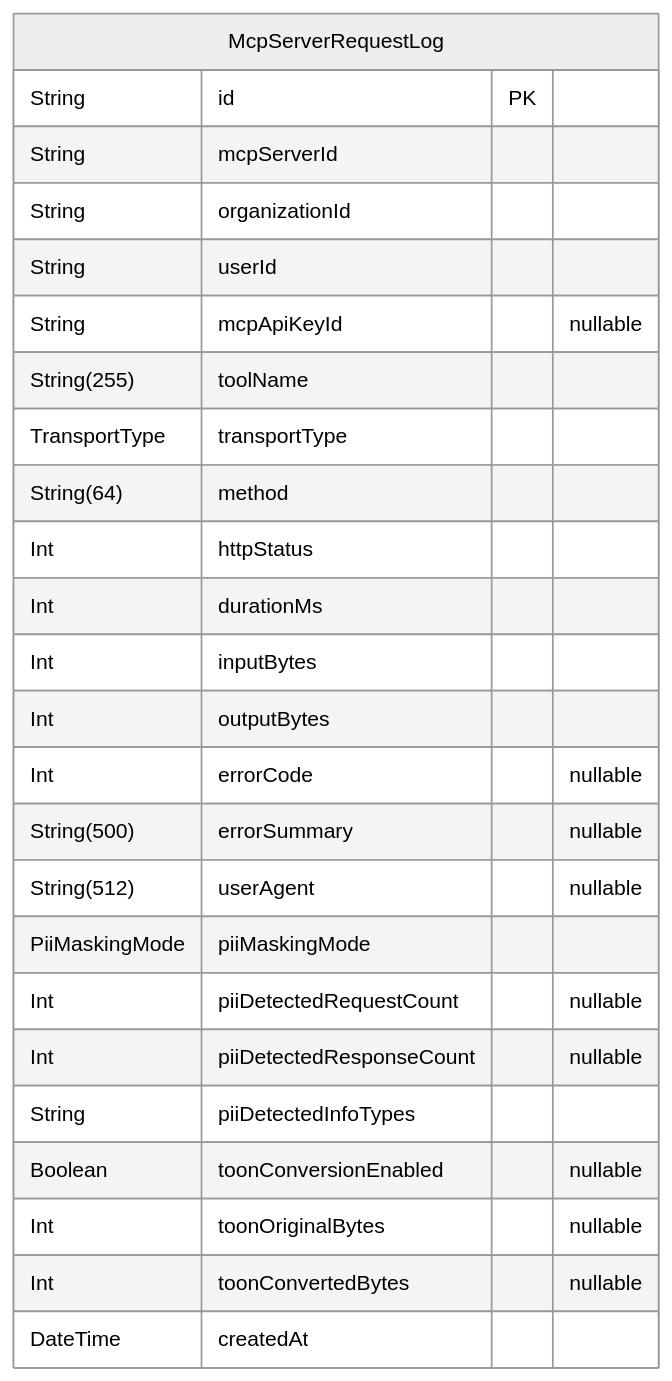
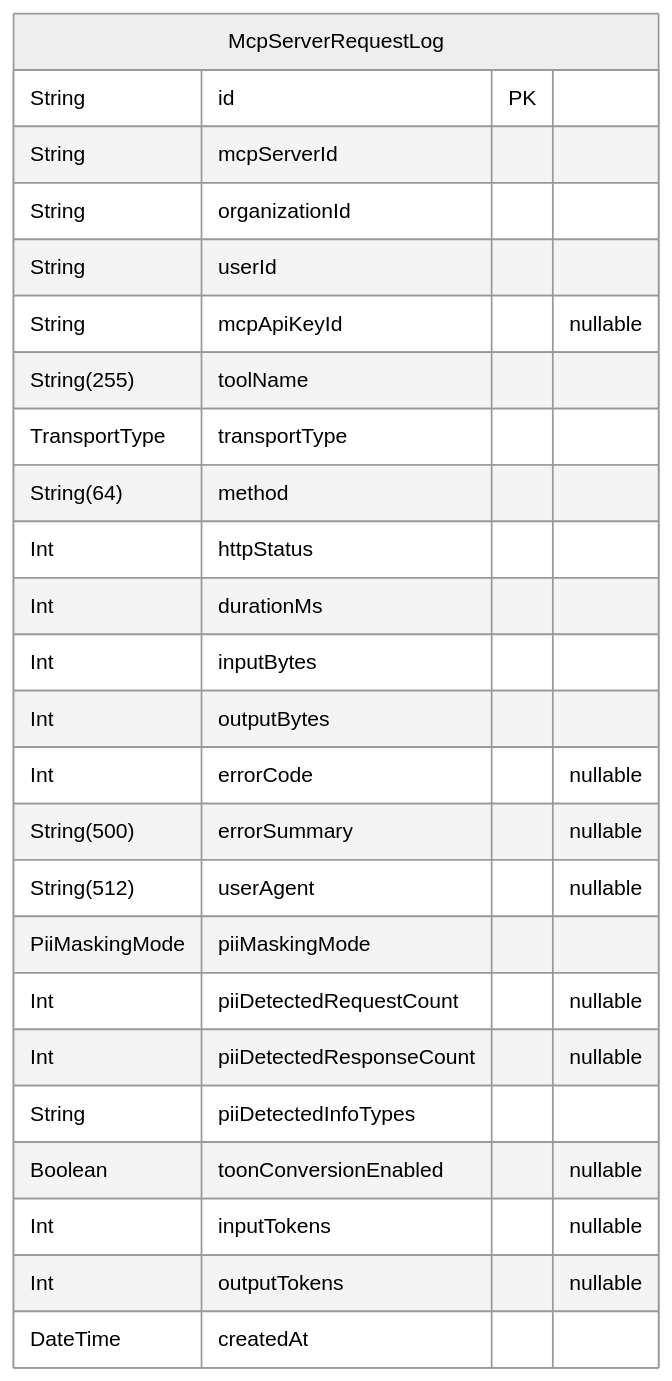
One commit to rayven122/tumiki changed the sixth of 9 diagrams in packages/db/prisma/README.md. Above: the diagram before and after it, drawn with Mermaid (neutral theme). The commit also changed other lines of this file and 2 other files, not shown here.

Commit message:
refactor(db): TOON変換メトリクスをバイト数からトークン数に変更
- toonOriginalBytes → inputTokens に変更
- toonConvertedBytes → outputTokens に変更
- マイグレーションファイルを統合

🤖 Generated with [Claude Code](https://claude.com/claude-code)

````diff
--- a/packages/db/prisma/README.md
+++ b/packages/db/prisma/README.md
@@ -448,28 +448,28 @@
 ```mermaid
 erDiagram
 "McpServerRequestLog" {
   String id PK
   String mcpServerId
   String organizationId
   String userId
   String mcpApiKeyId "nullable"
   String(255) toolName
   TransportType transportType
   String(64) method
   Int httpStatus
   Int durationMs
   Int inputBytes
   Int outputBytes
   Int errorCode "nullable"
   String(500) errorSummary "nullable"
   String(512) userAgent "nullable"
   PiiMaskingMode piiMaskingMode
   Int piiDetectedRequestCount "nullable"
   Int piiDetectedResponseCount "nullable"
   String piiDetectedInfoTypes
   Boolean toonConversionEnabled "nullable"
-  Int toonOriginalBytes "nullable"
-  Int toonConvertedBytes "nullable"
+  Int inputTokens "nullable"
+  Int outputTokens "nullable"
   DateTime createdAt
 }
 ```
````
